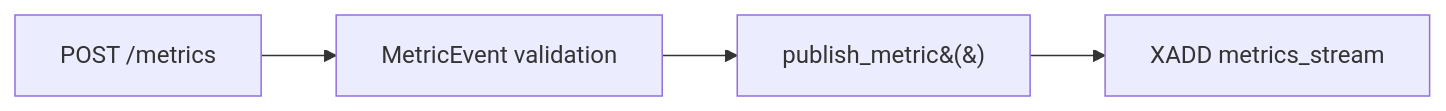
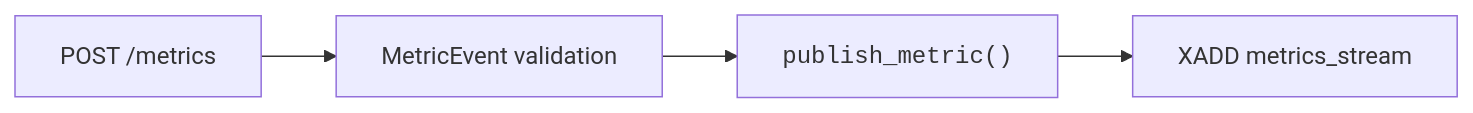
One commit to CowGivesMilk/observability-tool changed the sixth of 10 diagrams in README.md. Above: the diagram before and after it, drawn with Mermaid. The commit also changed other lines of this file, not shown here.

Commit message:
fixed mermaid render bug

````diff
--- a/README.md
+++ b/README.md
@@ -323,6 +323,6 @@
 ```mermaid
 flowchart LR
 A[POST /metrics] --> B[MetricEvent validation]
-B --> C[publish_metric&#40;&#41;]
+B --> C["<code>publish_metric#40;#41;</code>"]
 C --> D[XADD metrics_stream]
 ```
````
